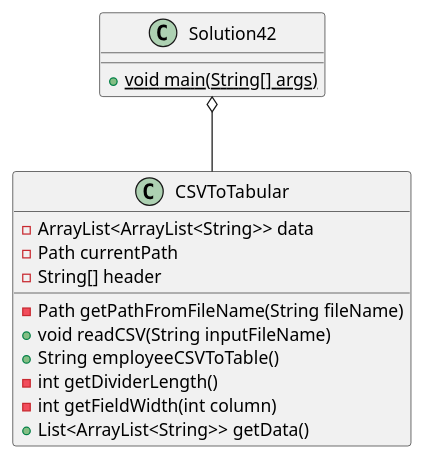
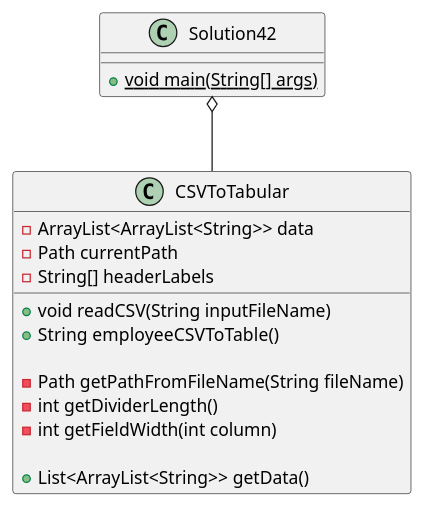
Before and after one commit to ethandrzb/thomas-a04: the diagram in exercise42/docs/class_diagram.puml, drawn with PlantUML. The commit also changed 2 other files, not shown here.

Commit message:
Renamed array containing labels for table header to improve readability Updated and commented UML diagram

```diff
--- a/exercise42/docs/class_diagram.puml
+++ b/exercise42/docs/class_diagram.puml
@@ -1,25 +1,31 @@
 @startuml
 'https://plantuml.com/class-diagram
 
 class Solution42
 {
     +{static} void main(String[] args)
 }
 
 class CSVToTabular
 {
+    ' Fields
     -ArrayList<ArrayList<String>> data
     -Path currentPath
-    -String[] header
+    -String[] headerLabels
 
-    -Path getPathFromFileName(String fileName)
+    ' User interface
     +void readCSV(String inputFileName)
     +String employeeCSVToTable()
+
+    ' Helper methods
+    -Path getPathFromFileName(String fileName)
     -int getDividerLength()
     -int getFieldWidth(int column)
+
+    ' Accessor methods for testing
     +List<ArrayList<String>> getData()
 }
 
 Solution42 o-- CSVToTabular
 
 @enduml
```
